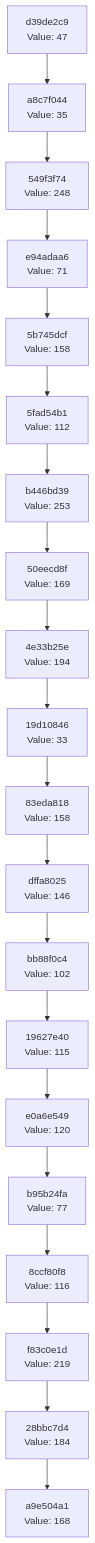
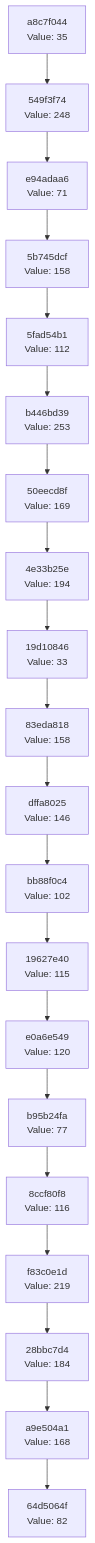
The diagram in docs/CHAIN_VISUALIZATION.md (Abhisheksinha1506/hash-chain-evolver), drawn with Mermaid before and after one commit. The commit also changed 3 other files, not shown here.

````diff
--- a/docs/CHAIN_VISUALIZATION.md
+++ b/docs/CHAIN_VISUALIZATION.md
@@ -3,42 +3,42 @@
 ```mermaid
 graph TD
-    C0["a9e504a1<br/>Value: 168"]
-    C1["28bbc7d4<br/>Value: 184"]
+    C0["64d5064f<br/>Value: 82"]
+    C1["a9e504a1<br/>Value: 168"]
     C1 --> C0
-    C2["f83c0e1d<br/>Value: 219"]
+    C2["28bbc7d4<br/>Value: 184"]
     C2 --> C1
-    C3["8ccf80f8<br/>Value: 116"]
+    C3["f83c0e1d<br/>Value: 219"]
     C3 --> C2
-    C4["b95b24fa<br/>Value: 77"]
+    C4["8ccf80f8<br/>Value: 116"]
     C4 --> C3
-    C5["e0a6e549<br/>Value: 120"]
+    C5["b95b24fa<br/>Value: 77"]
     C5 --> C4
-    C6["19627e40<br/>Value: 115"]
+    C6["e0a6e549<br/>Value: 120"]
     C6 --> C5
-    C7["bb88f0c4<br/>Value: 102"]
+    C7["19627e40<br/>Value: 115"]
     C7 --> C6
-    C8["dffa8025<br/>Value: 146"]
+    C8["bb88f0c4<br/>Value: 102"]
     C8 --> C7
-    C9["83eda818<br/>Value: 158"]
+    C9["dffa8025<br/>Value: 146"]
     C9 --> C8
-    C10["19d10846<br/>Value: 33"]
+    C10["83eda818<br/>Value: 158"]
     C10 --> C9
-    C11["4e33b25e<br/>Value: 194"]
+    C11["19d10846<br/>Value: 33"]
     C11 --> C10
-    C12["50eecd8f<br/>Value: 169"]
+    C12["4e33b25e<br/>Value: 194"]
     C12 --> C11
-    C13["b446bd39<br/>Value: 253"]
+    C13["50eecd8f<br/>Value: 169"]
     C13 --> C12
-    C14["5fad54b1<br/>Value: 112"]
+    C14["b446bd39<br/>Value: 253"]
     C14 --> C13
-    C15["5b745dcf<br/>Value: 158"]
+    C15["5fad54b1<br/>Value: 112"]
     C15 --> C14
-    C16["e94adaa6<br/>Value: 71"]
+    C16["5b745dcf<br/>Value: 158"]
     C16 --> C15
-    C17["549f3f74<br/>Value: 248"]
+    C17["e94adaa6<br/>Value: 71"]
     C17 --> C16
-    C18["a8c7f044<br/>Value: 35"]
+    C18["549f3f74<br/>Value: 248"]
     C18 --> C17
-    C19["d39de2c9<br/>Value: 47"]
+    C19["a8c7f044<br/>Value: 35"]
     C19 --> C18
 ```
````
